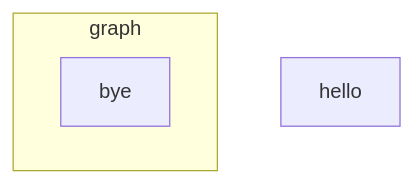
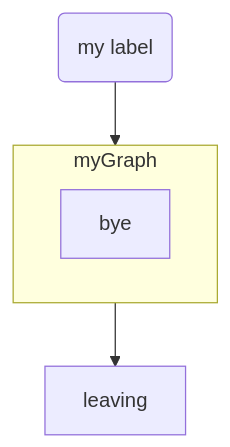
Before and after one commit to concord-consortium/collaborative-learning: the diagram in docs/mermaid-test.md, drawn with Mermaid.

Commit message:
more mermaid tests

````diff
--- a/docs/mermaid-test.md
+++ b/docs/mermaid-test.md
@@ -1,7 +1,10 @@
 ```mermaid
 flowchart TD
-  hello
-  subgraph graph
+  hello(my label)
+  subgraph myGraph
     bye
   end
+  leaving
+  hello --> myGraph
+  myGraph --> leaving
 ```
````
